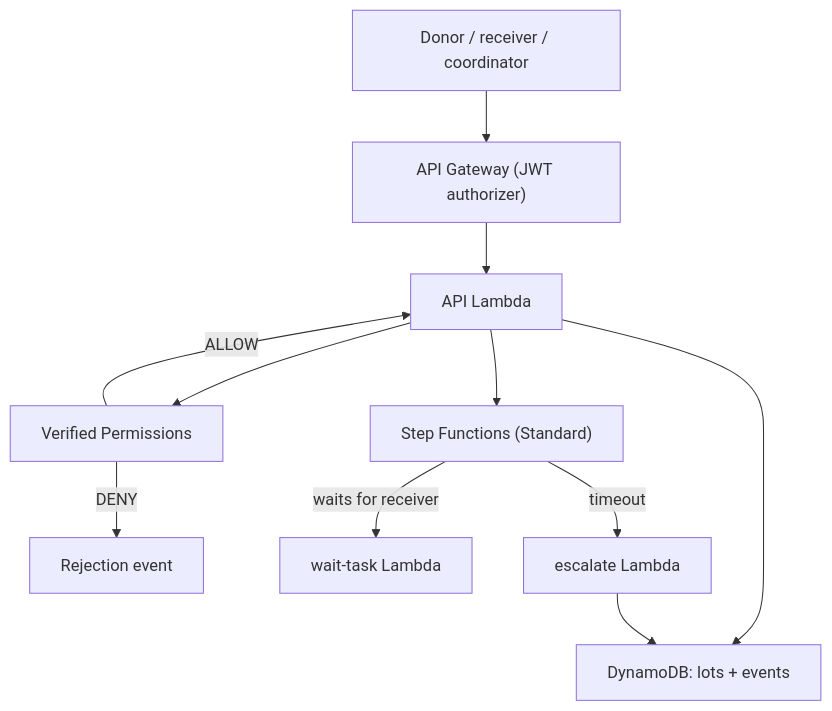
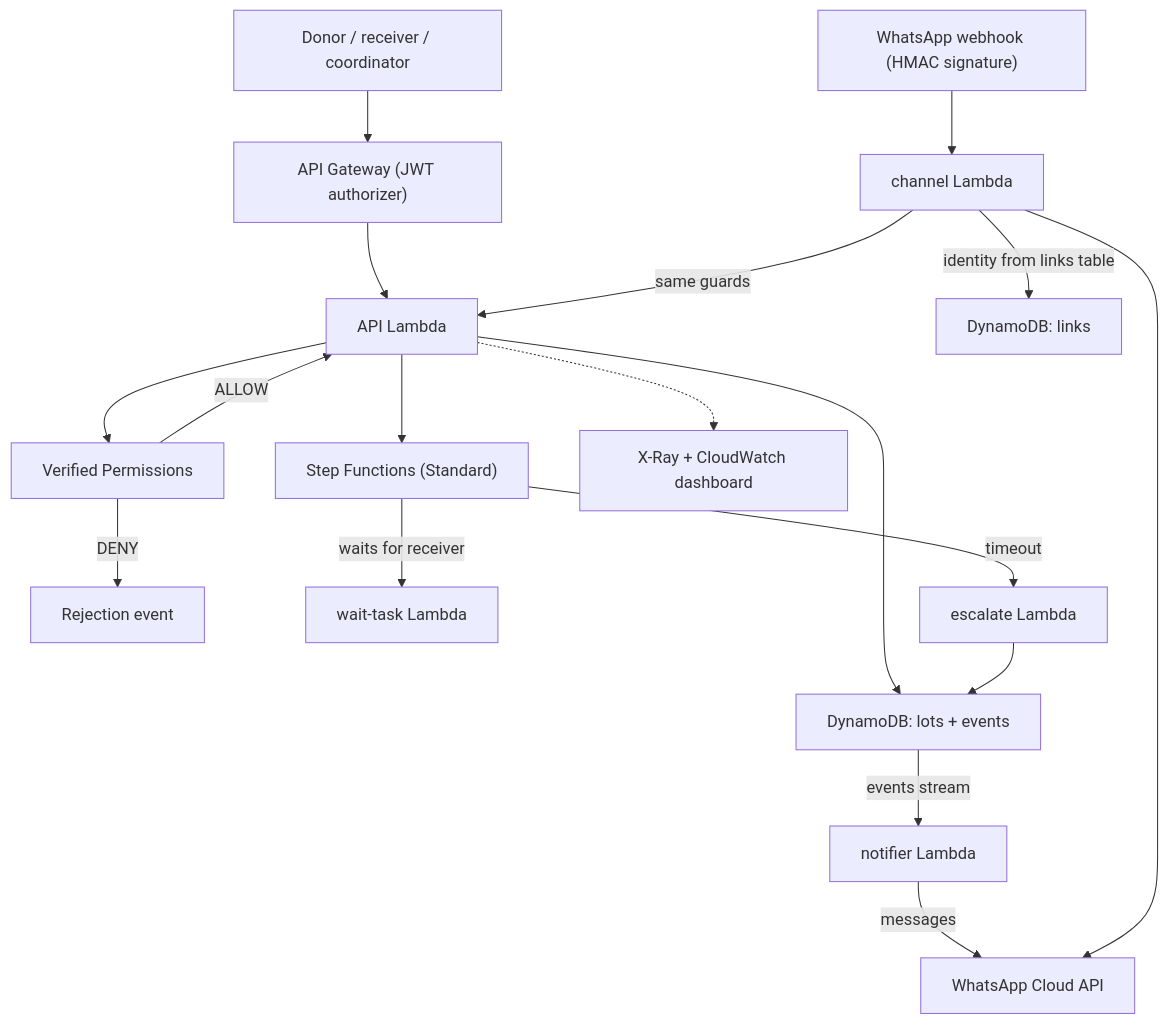
The diagram in README.md (c-varun14/PantryPass), drawn with Mermaid before and after one commit. The commit also changed other lines of this file and 1 other file, not shown here.

Commit message:
Update README and demo script for the trust record, chat channel and impact

````diff
--- a/README.md
+++ b/README.md
@@ -25,13 +30,20 @@
 ```mermaid
 flowchart TD
     U["Donor / receiver / coordinator"] --> API["API Gateway (JWT authorizer)"]
     API --> L["API Lambda"]
     L --> VP["Verified Permissions"]
     VP -->|ALLOW| L
     VP -->|DENY| EV["Rejection event"]
     L --> DB["DynamoDB: lots + events"]
     L --> SF["Step Functions (Standard)"]
     SF -->|waits for receiver| WT["wait-task Lambda"]
     SF -->|timeout| ES["escalate Lambda"]
     ES --> DB
+    WH["WhatsApp webhook (HMAC signature)"] --> CH["channel Lambda"]
+    CH -->|"identity from links table"| LK["DynamoDB: links"]
+    CH -->|"same guards"| L
+    DB -->|"events stream"| NT["notifier Lambda"]
+    NT -->|"messages"| WA["WhatsApp Cloud API"]
+    CH --> WA
+    L -.-> XR["X-Ray + CloudWatch dashboard"]
 ```
````
